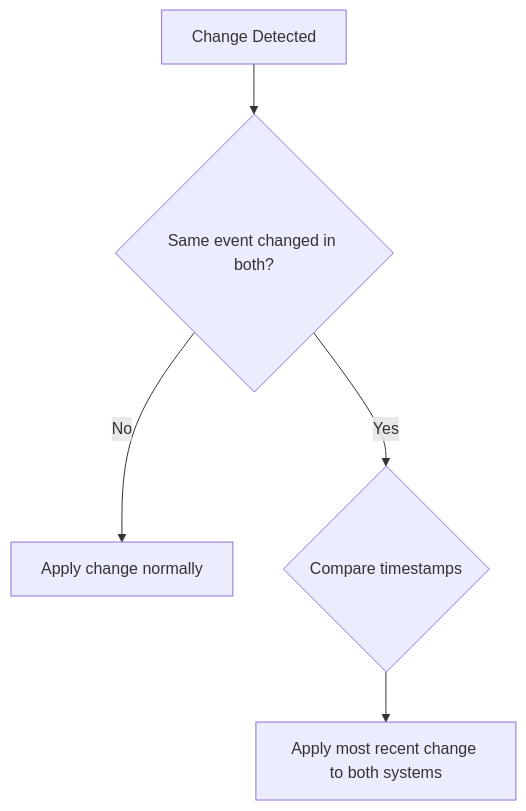
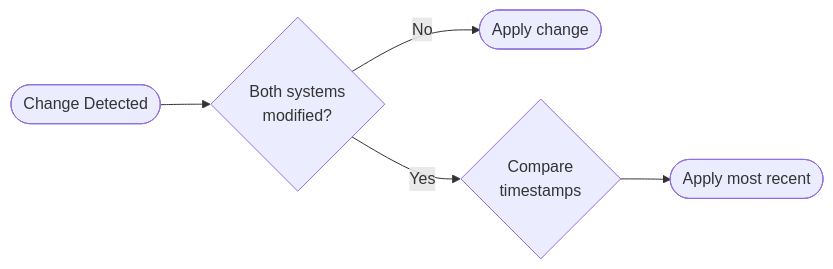
The fourth of 6 diagrams in apps/web/content/docs/architecture.mdx (mcsdevv/while), drawn with Mermaid before and after one commit. The commit also changed other lines of this file, not shown here.

First line of the commit message:
style: improve flowchart aesthetics in architecture docs

````diff
--- a/apps/web/content/docs/architecture.mdx
+++ b/apps/web/content/docs/architecture.mdx
@@ -136,7 +138,7 @@
 ```mermaid
-flowchart TD
-    A[Change Detected] --> B{Same event changed in both?}
-    B -->|No| C[Apply change normally]
-    B -->|Yes| D{Compare timestamps}
-    D --> E[Apply most recent change to both systems]
+flowchart LR
+    A([Change Detected]) --> B{Both systems<br/>modified?}
+    B -->|No| C([Apply change])
+    B -->|Yes| D{Compare<br/>timestamps}
+    D --> E([Apply most recent])
 ```
````
